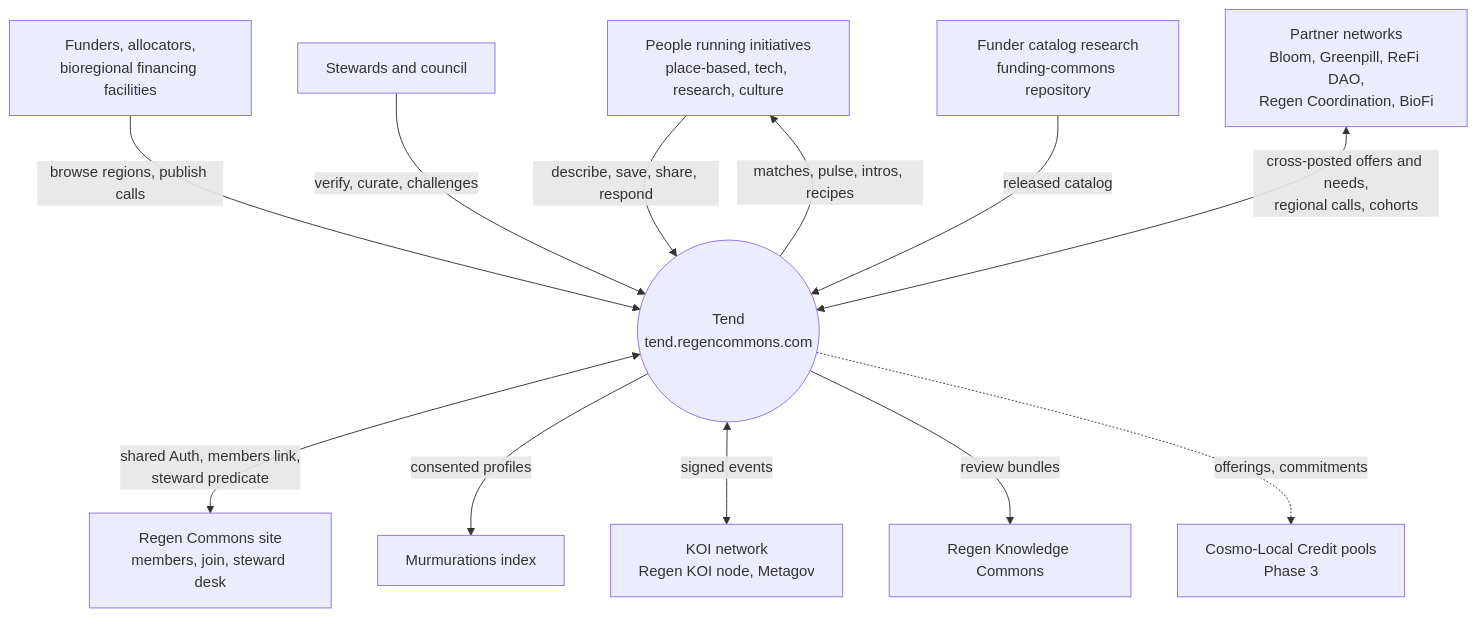
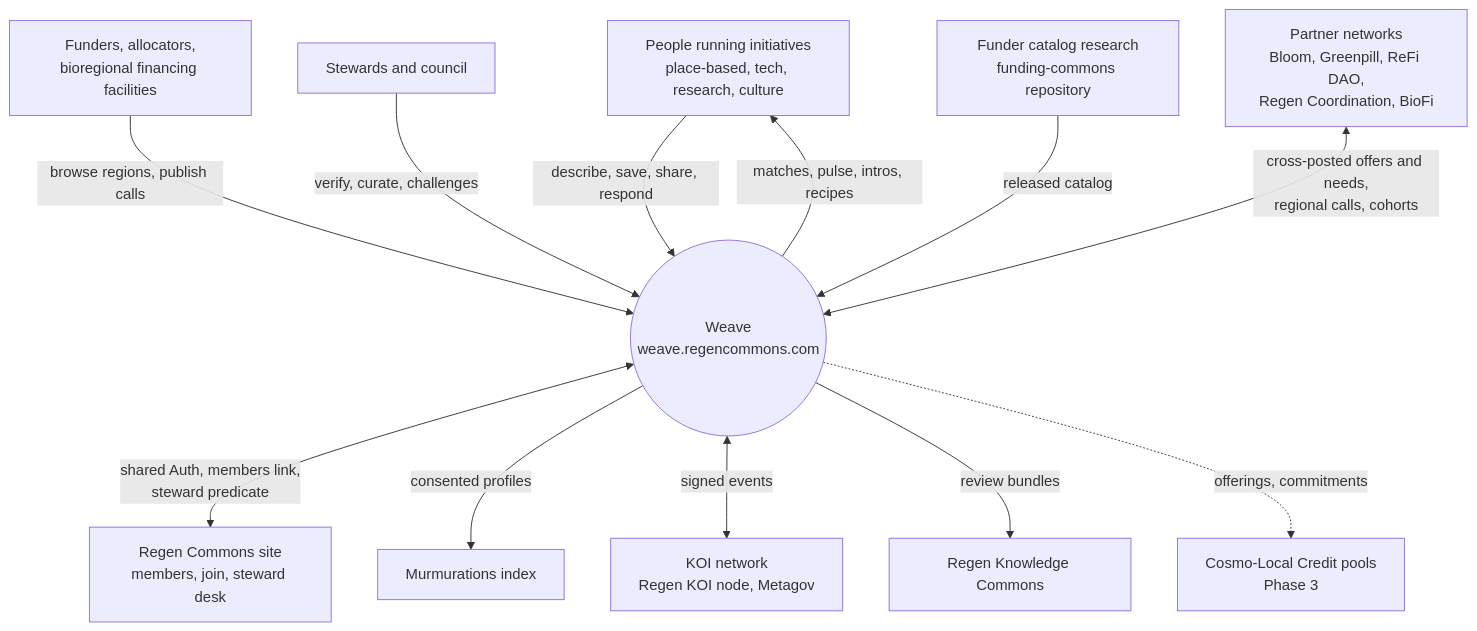
Before and after one commit to regen-commons/funding-commons: the first of 7 diagrams in docs/platform/03-logical-architecture.md, drawn with Mermaid. The commit also changed other lines of this file and 23 other files, not shown here.

````diff
--- a/docs/platform/03-logical-architecture.md
+++ b/docs/platform/03-logical-architecture.md
@@ -22,25 +22,25 @@
 ```mermaid
 flowchart TB
   P[People running initiatives<br/>place-based, tech, research, culture]
   F[Funders, allocators,<br/>bioregional financing facilities]
   S[Stewards and council]
-  W((Tend<br/>tend.regencommons.com))
+  W((Weave<br/>weave.regencommons.com))
   RC[Regen Commons site<br/>members, join, steward desk]
   FC[Funder catalog research<br/>funding-commons repository]
   MU[Murmurations index]
   KOI[KOI network<br/>Regen KOI node, Metagov]
   KC[Regen Knowledge Commons]
   CLC[Cosmo-Local Credit pools<br/>Phase 3]
   NET[Partner networks<br/>Bloom, Greenpill, ReFi DAO,<br/>Regen Coordination, BioFi]
   P -->|describe, save, share, respond| W
   W -->|matches, pulse, intros, recipes| P
   F -->|browse regions, publish calls| W
   S -->|verify, curate, challenges| W
   W <-->|shared Auth, members link,<br/>steward predicate| RC
   FC -->|released catalog| W
   W -->|consented profiles| MU
   W <-->|signed events| KOI
   W -->|review bundles| KC
   W -.->|offerings, commitments| CLC
   NET <-->|cross-posted offers and needs,<br/>regional calls, cohorts| W
 ```
````
